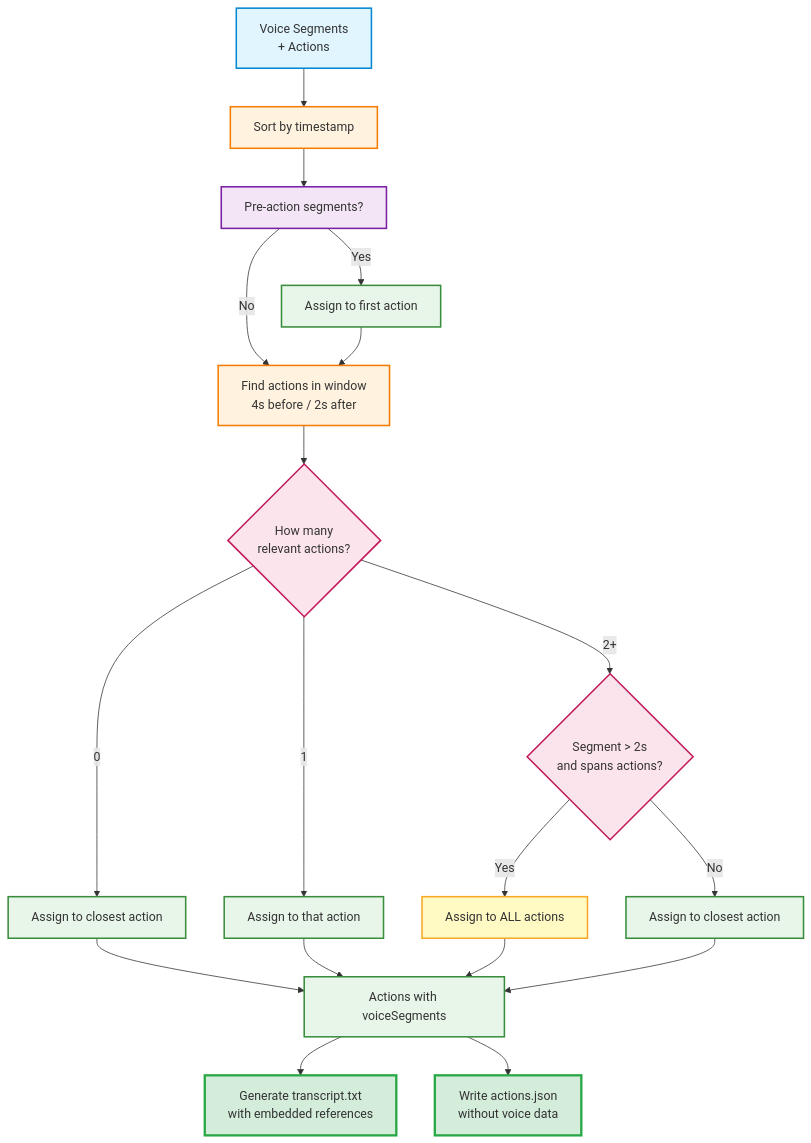
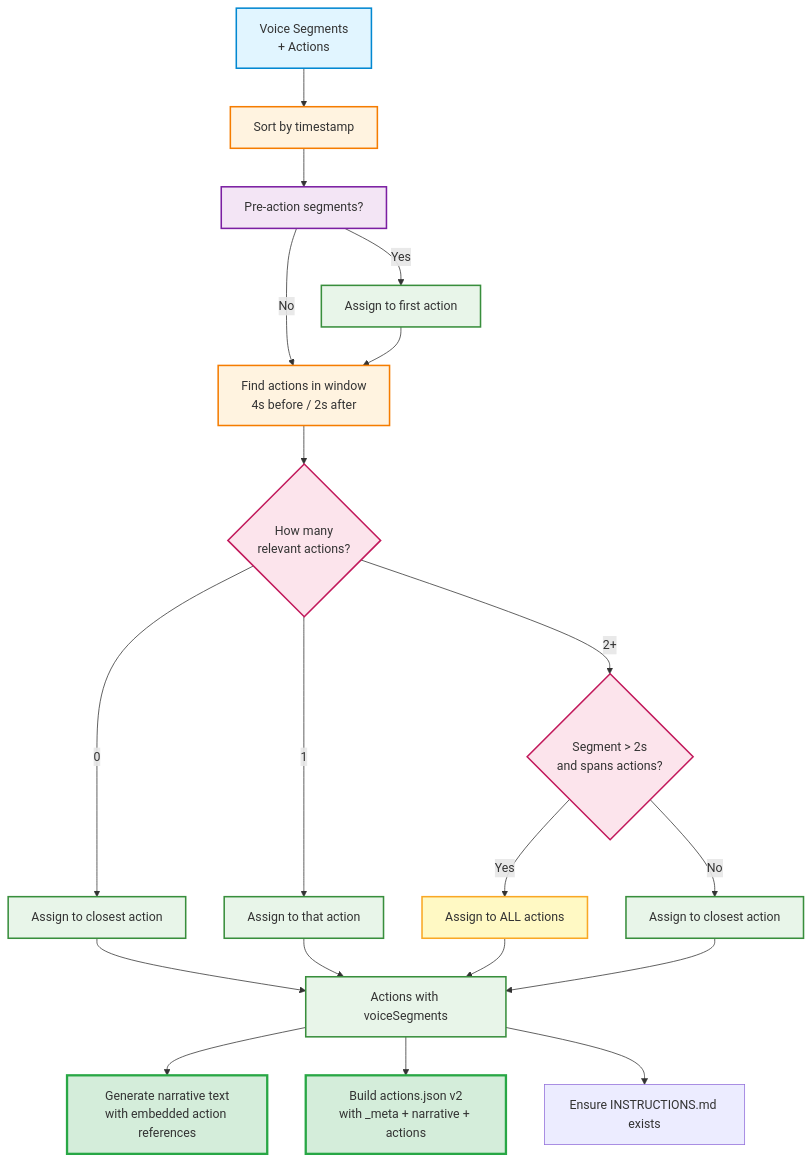
Before and after one commit to dodosaurus/dodo-recorder: the first of 2 diagrams in docs/voice_transcription.md, drawn with Mermaid. The commit also changed other lines of this file and 16 other files, not shown here.

````diff
--- a/docs/voice_transcription.md
+++ b/docs/voice_transcription.md
@@ -808,35 +808,36 @@
 ```mermaid
 flowchart TD
     A[Voice Segments<br/>+ Actions] --> B[Sort by timestamp]
     B --> C[Pre-action segments?]
     C -->|Yes| D[Assign to first action]
     C -->|No| E[Find actions in window<br/>4s before / 2s after]
     D --> E
     E --> F{How many<br/>relevant actions?}
     F -->|0| G[Assign to closest action]
     F -->|1| H[Assign to that action]
     F -->|2+| I{Segment > 2s<br/>and spans actions?}
     I -->|Yes| J[Assign to ALL actions]
     I -->|No| K[Assign to closest action]
     G --> L[Actions with voiceSegments]
     H --> L
     J --> L
     K --> L
-    L --> M[Generate transcript.txt<br/>with embedded references]
-    L --> N[Write actions.json<br/>without voice data]
+    L --> M[Generate narrative text<br/>with embedded action references]
+    L --> N[Build actions.json v2<br/>with _meta + narrative + actions]
+    L --> O[Ensure INSTRUCTIONS.md exists]
 
     style A fill:#e1f5ff,stroke:#0288d1,stroke-width:2px
     style B fill:#fff3e0,stroke:#f57c00,stroke-width:2px
     style C fill:#f3e5f5,stroke:#7b1fa2,stroke-width:2px
     style D fill:#e8f5e9,stroke:#388e3c,stroke-width:2px
     style E fill:#fff3e0,stroke:#f57c00,stroke-width:2px
     style F fill:#fce4ec,stroke:#c2185b,stroke-width:2px
     style G fill:#e8f5e9,stroke:#388e3c,stroke-width:2px
     style H fill:#e8f5e9,stroke:#388e3c,stroke-width:2px
     style I fill:#fce4ec,stroke:#c2185b,stroke-width:2px
     style J fill:#fff9c4,stroke:#f9a825,stroke-width:2px
     style K fill:#e8f5e9,stroke:#388e3c,stroke-width:2px
     style L fill:#e8f5e9,stroke:#388e3c,stroke-width:2px
     style M fill:#d4edda,stroke:#28a745,stroke-width:3px
     style N fill:#d4edda,stroke:#28a745,stroke-width:3px
 ```
````
